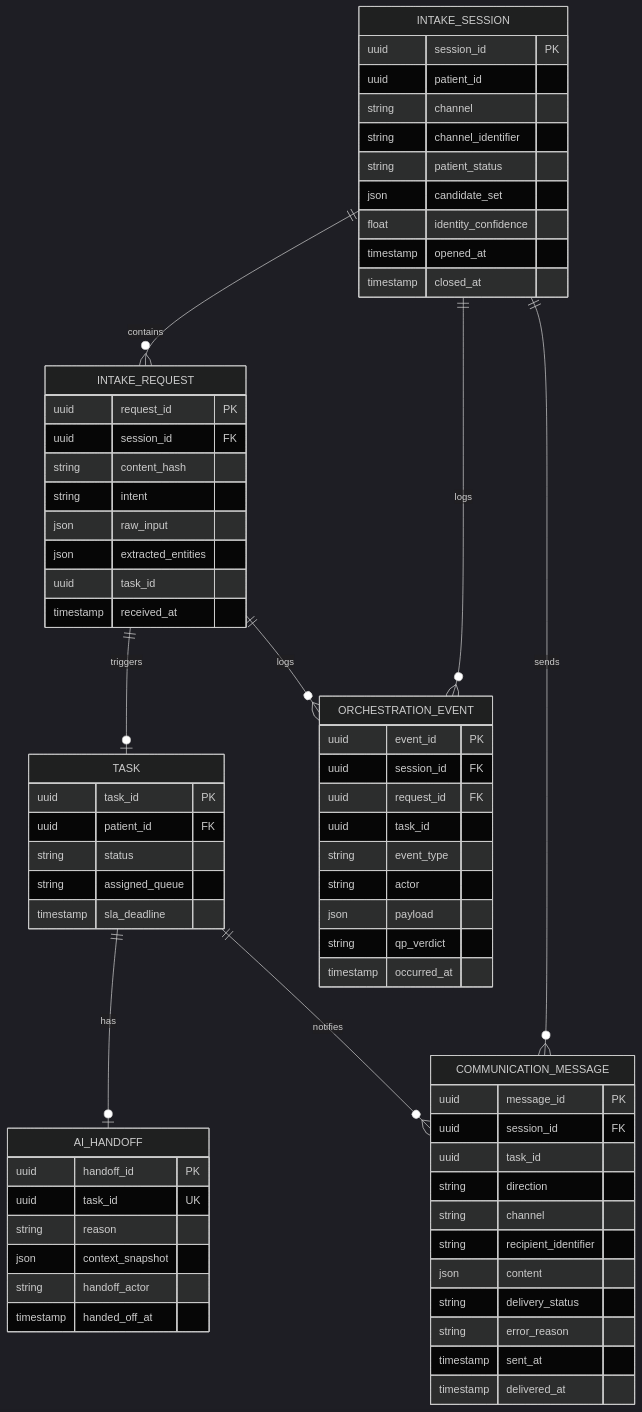
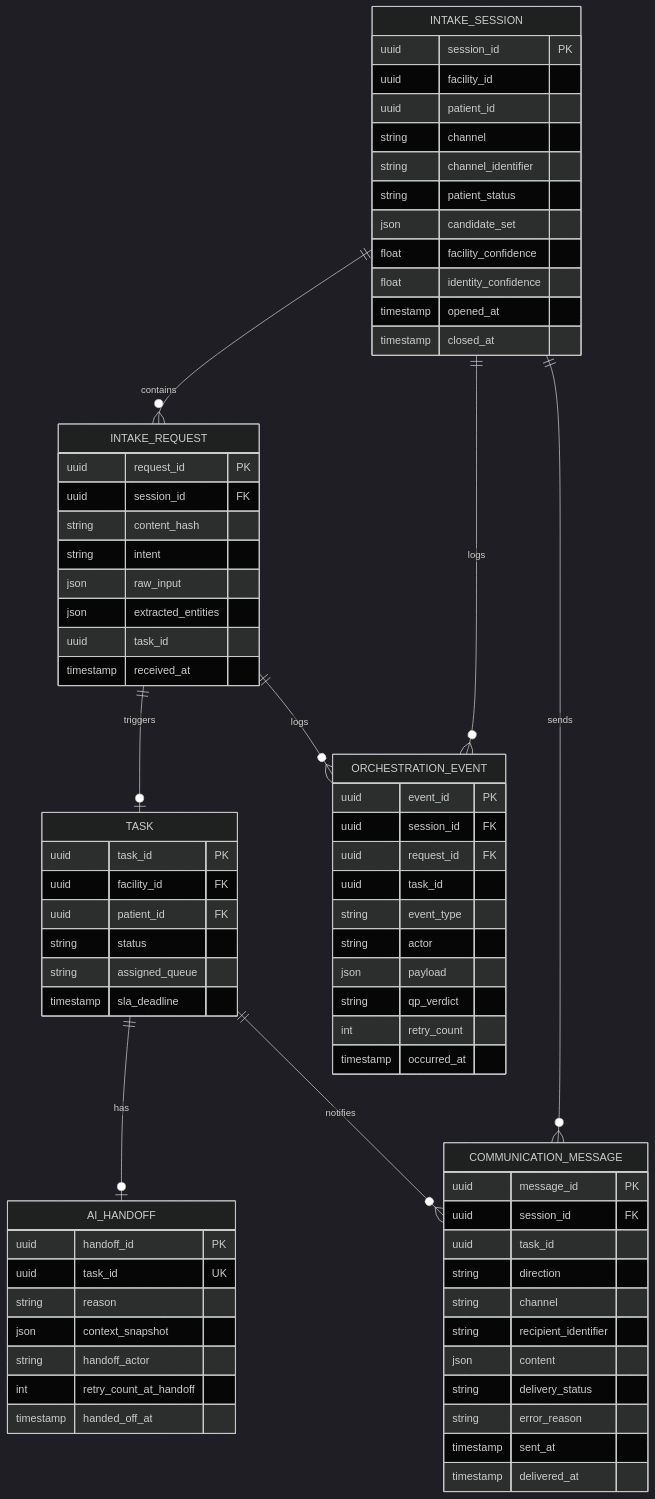
Diagram 16 of 16 in all.md (mohabnazmy/test), drawn with Mermaid (dark theme) before and after one commit. The commit also changed other lines of this file, not shown here.

````diff
--- a/all.md
+++ b/all.md
@@ -854,76 +904,81 @@
 ```mermaid
 erDiagram
     INTAKE_SESSION ||--o{ INTAKE_REQUEST : contains
     INTAKE_SESSION ||--o{ ORCHESTRATION_EVENT : logs
     INTAKE_SESSION ||--o{ COMMUNICATION_MESSAGE : sends
     INTAKE_REQUEST ||--o| TASK : triggers
     INTAKE_REQUEST ||--o{ ORCHESTRATION_EVENT : logs
     TASK ||--o| AI_HANDOFF : has
     TASK ||--o{ COMMUNICATION_MESSAGE : notifies
     
     INTAKE_SESSION {
         uuid session_id PK
+        uuid facility_id
         uuid patient_id
         string channel
         string channel_identifier
         string patient_status
         json candidate_set
+        float facility_confidence
         float identity_confidence
         timestamp opened_at
         timestamp closed_at
     }
     
     INTAKE_REQUEST {
         uuid request_id PK
         uuid session_id FK
         string content_hash
         string intent
         json raw_input
         json extracted_entities
         uuid task_id
         timestamp received_at
     }
     
     COMMUNICATION_MESSAGE {
         uuid message_id PK
         uuid session_id FK
         uuid task_id
         string direction
         string channel
         string recipient_identifier
         json content
         string delivery_status
         string error_reason
         timestamp sent_at
         timestamp delivered_at
     }
     
     ORCHESTRATION_EVENT {
         uuid event_id PK
         uuid session_id FK
         uuid request_id FK
         uuid task_id
         string event_type
         string actor
         json payload
         string qp_verdict
+        int retry_count
         timestamp occurred_at
     }
     
     AI_HANDOFF {
         uuid handoff_id PK
         uuid task_id UK
         string reason
         json context_snapshot
         string handoff_actor
+        int retry_count_at_handoff
         timestamp handed_off_at
     }
     
     TASK {
         uuid task_id PK
+        uuid facility_id FK
         uuid patient_id FK
         string status
         string assigned_queue
         timestamp sla_deadline
     }
 ```
````
